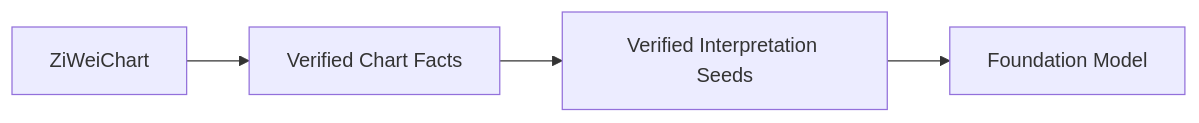
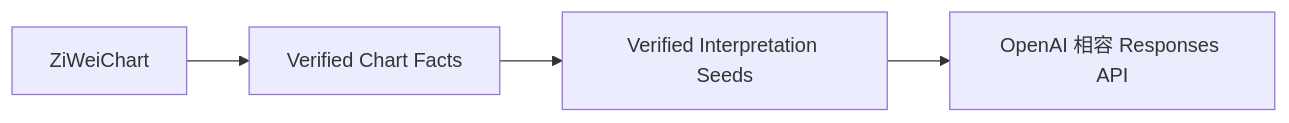
Before and after one commit to narumiruna/mighty-zi-wei: the third of 5 diagrams in PRODUCT.md, drawn with Mermaid. The commit also changed other lines of this file and 21 other files, not shown here.

Commit message:
feat(ai): use OpenAI-compatible Responses API

````diff
--- a/PRODUCT.md
+++ b/PRODUCT.md
@@ -366,9 +373,9 @@
 ```mermaid
 flowchart LR
     Chart["ZiWeiChart"]
     Facts["Verified Chart Facts"]
     Seeds["Verified Interpretation Seeds"]
-    LLM["Foundation Model"]
+    API["OpenAI 相容 Responses API"]
 
-    Chart --> Facts --> Seeds --> LLM
+    Chart --> Facts --> Seeds --> API
 ```
````
